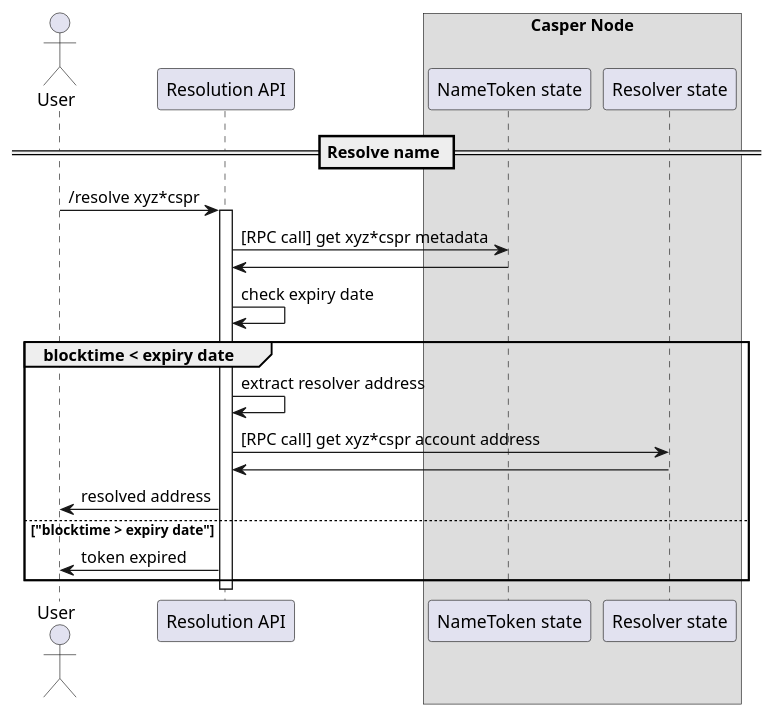
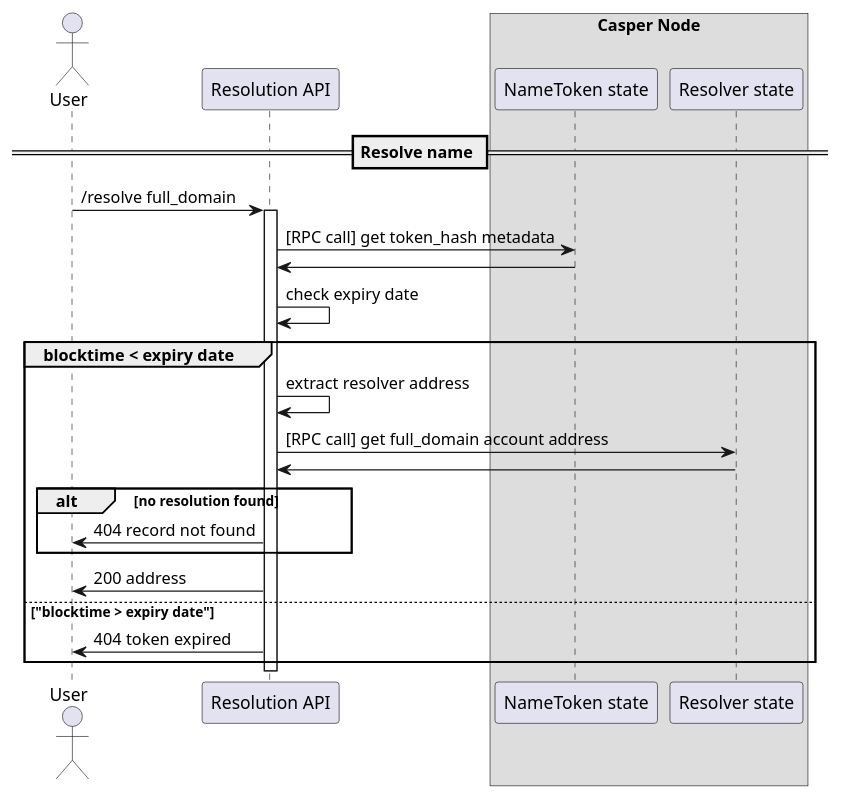
Before and after one commit to make-software/cspr-name-contracts: the diagram in docs/sequence-diagrams/puml/resolve-name.puml, drawn with PlantUML. The commit also changed 14 other files, not shown here.

Commit message:
Changes to controller and resolution: - set resolver on registrar instead of controller. - updated resolution flows. - added cleanup() flow

```diff
--- a/docs/sequence-diagrams/puml/resolve-name.puml
+++ b/docs/sequence-diagrams/puml/resolve-name.puml
@@ -1,30 +1,33 @@
 @startuml
 'https://plantuml.com/sequence-diagram
 
 'autonumber
 actor User
 participant "Resolution API"
 box Casper Node
 participant "NameToken state"
 participant "Resolver state"
 end box
 == Resolve name ==
 
-User -> "Resolution API": /resolve xyz*cspr
+User -> "Resolution API": /resolve full_domain
 activate "Resolution API"
-"Resolution API" -> "NameToken state": [RPC call] get xyz*cspr metadata
+"Resolution API" -> "NameToken state": [RPC call] get token_hash metadata
 "NameToken state" -> "Resolution API"
 
 "Resolution API" -> "Resolution API": check expiry date
 
 group blocktime < expiry date
 "Resolution API" -> "Resolution API": extract resolver address
-"Resolution API" -> "Resolver state": [RPC call] get xyz*cspr account address
+"Resolution API" -> "Resolver state": [RPC call] get full_domain account address
 "Resolver state" -> "Resolution API"
-"Resolution API" -> User: resolved address
+alt no resolution found
+    "Resolution API" -> User: 404 record not found
+end
+"Resolution API" -> User: 200 address
 else "blocktime > expiry date"
-"Resolution API" -> User: token expired
+"Resolution API" -> User: 404 token expired
 end
 deactivate "Resolution API"
 
 @enduml
```
